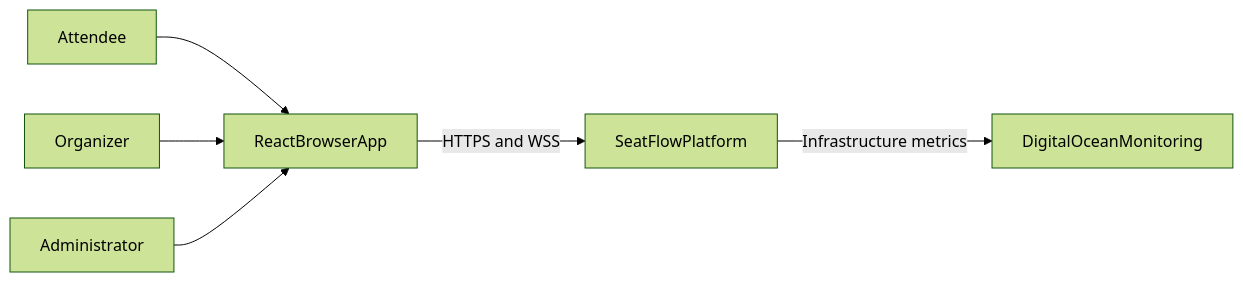
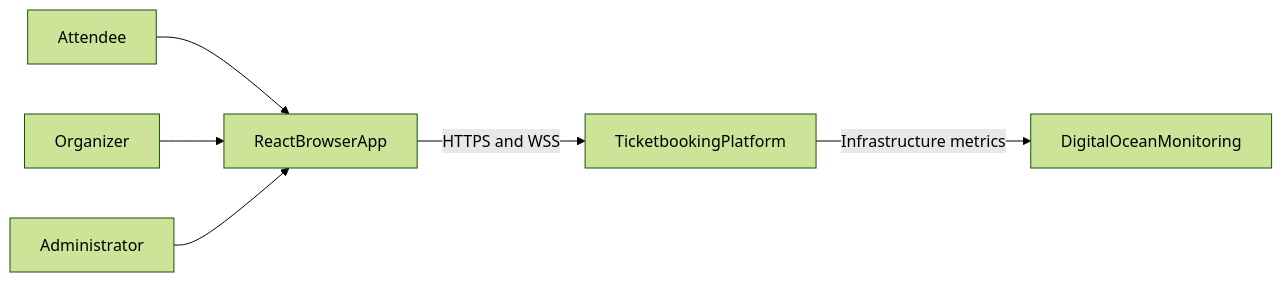
The first of 3 diagrams in doc/TECHNICAL_DESIGN.md (ece1779project/A-Cloud-Native-Event-Booking-Platform-with-Automatic-Waitlisting), drawn with Mermaid (forest theme) before and after one commit. The commit also changed other lines of this file and 100 other files, not shown here.

````diff
--- a/doc/TECHNICAL_DESIGN.md
+++ b/doc/TECHNICAL_DESIGN.md
@@ -78,15 +78,15 @@
 ```mermaid
 flowchart LR
     attendee[Attendee]
     organizer[Organizer]
     administrator[Administrator]
     browser[ReactBrowserApp]
-    platform[SeatFlowPlatform]
+    platform[TicketbookingPlatform]
     doMonitoring[DigitalOceanMonitoring]
 
     attendee --> browser
     organizer --> browser
     administrator --> browser
     browser -->|"HTTPS and WSS"| platform
     platform -->|"Infrastructure metrics"| doMonitoring
 ```
````
